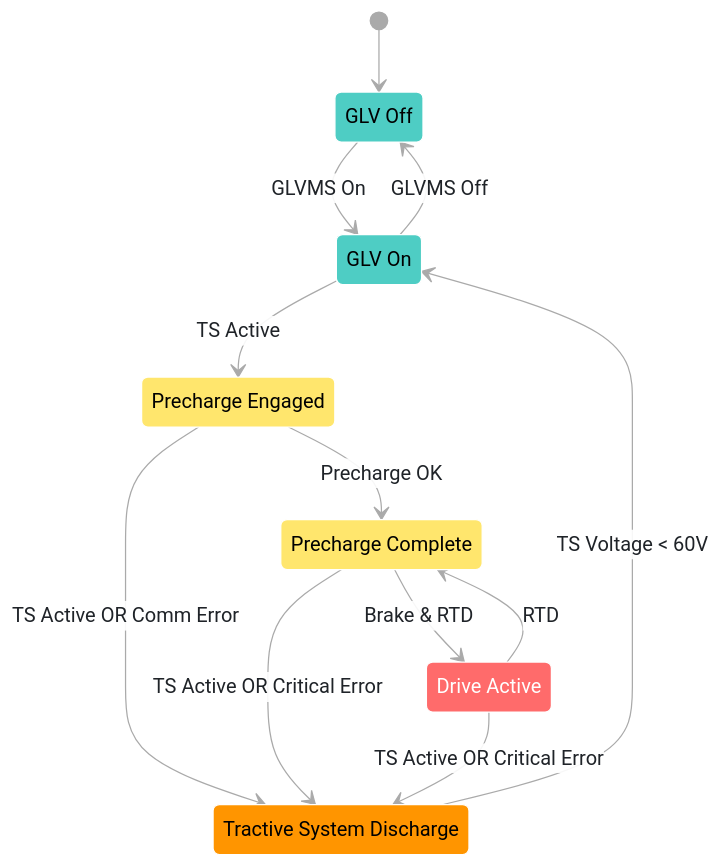
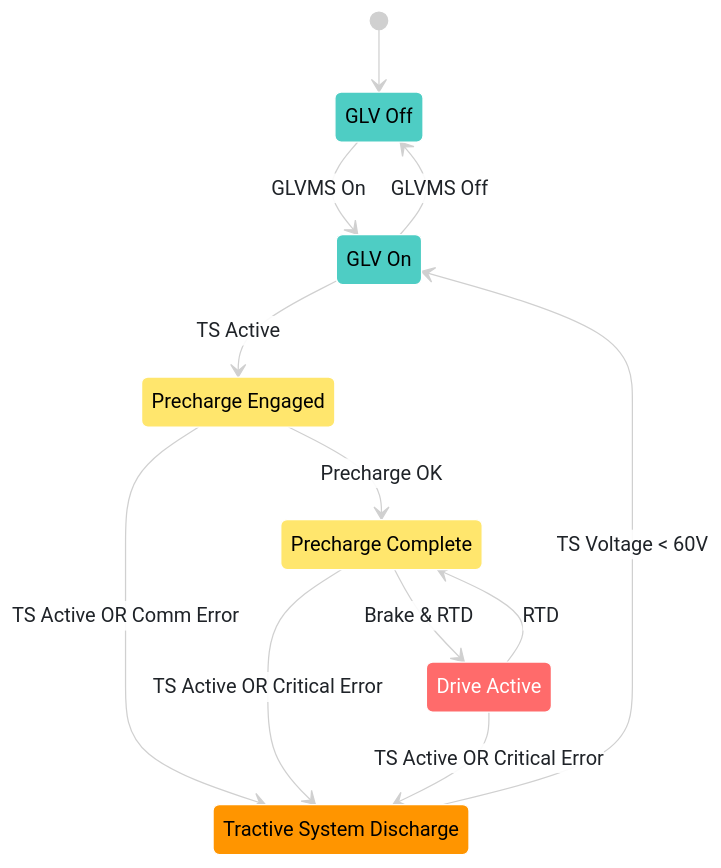
One commit to Gaucho-Racing/Firmware changed the diagram in Lib/GlobalShare/StateMachine.md. Above: the diagram before and after it, drawn with Mermaid.

Commit message:
Change arrowhead color again

````diff
--- a/Lib/GlobalShare/StateMachine.md
+++ b/Lib/GlobalShare/StateMachine.md
@@ -9,68 +9,68 @@
 ```mermaid
 %%{init: {
   'theme': 'base',
   'themeVariables': {
     'primaryColor': '#ff6b6b',
     'primaryTextColor': '#1f2328',
-    'primaryBorderColor': '#aaaaaa',
-    'lineColor': '#aaaaaa',
+    'primaryBorderColor': '#d0d0d0',
+    'lineColor': '#d0d0d0',
     'edgeLabelBackground': 'rgba(255,255,255,0.9)',
-    'transitionColor': '#aaaaaa',
+    'transitionColor': '#d0d0d0',
     'transitionLabelColor': '#1f2328',
     'secondaryColor': '#4ecdc4',
     'tertiaryColor': '#ffe66d',
     'background': 'transparent',
     'mainBkg': 'transparent',
     'secondBkg': 'transparent',
     'tertiaryBkg': 'transparent'
   }
 }}%%
 
 stateDiagram
 
     [*] --> GLV_Off
 
     %% Main horizontal flow (top row)
     GLV_Off --> GLV_On : GLVMS On
     GLV_On --> GLV_Off : GLVMS Off
     GLV_On --> Precharge_Engaged : TS Active
     Precharge_Engaged --> Precharge_Complete : Precharge OK
     Precharge_Complete --> Drive_Active : Brake & RTD
 
     %% Normal Operation Cycle (horizontal)
     Drive_Active --> Precharge_Complete : RTD
 
     %% Discharge state positioned below
     GLV_Off
     GLV_On
     Precharge_Engaged
     Precharge_Complete
     Drive_Active
     Tractive_System_Discharge
 
     %% Downward transitions to discharge
     Precharge_Engaged --> Tractive_System_Discharge : TS Active OR Comm Error
     Precharge_Complete --> Tractive_System_Discharge : TS Active OR Critical Error
     Drive_Active --> Tractive_System_Discharge : TS Active OR Critical Error
 
     %% Return upward from discharge
     Tractive_System_Discharge --> GLV_On : TS Voltage < 60V
 
     %% State Descriptions
     GLV_Off : GLV Off
     GLV_On : GLV On
     Precharge_Engaged : Precharge Engaged
     Precharge_Complete : Precharge Complete
     Drive_Active : Drive Active
     Tractive_System_Discharge : Tractive System Discharge
 
     classDef safeState fill:#4ecdc4,stroke:#ffffff,stroke-width:1px,color:#000
     classDef hvState fill:#ff6b6b,stroke:#ffffff,stroke-width:1px,color:#fff
     classDef transitionState fill:#ffe66d,stroke:#ffffff,stroke-width:1px,color:#000
     classDef dischargeState fill:#ff9500,stroke:#ffffff,stroke-width:1px,color:#000
 
     class GLV_Off,GLV_On safeState
     class Drive_Active hvState
     class Precharge_Engaged,Precharge_Complete transitionState
     class Tractive_System_Discharge dischargeState
 ```
````
